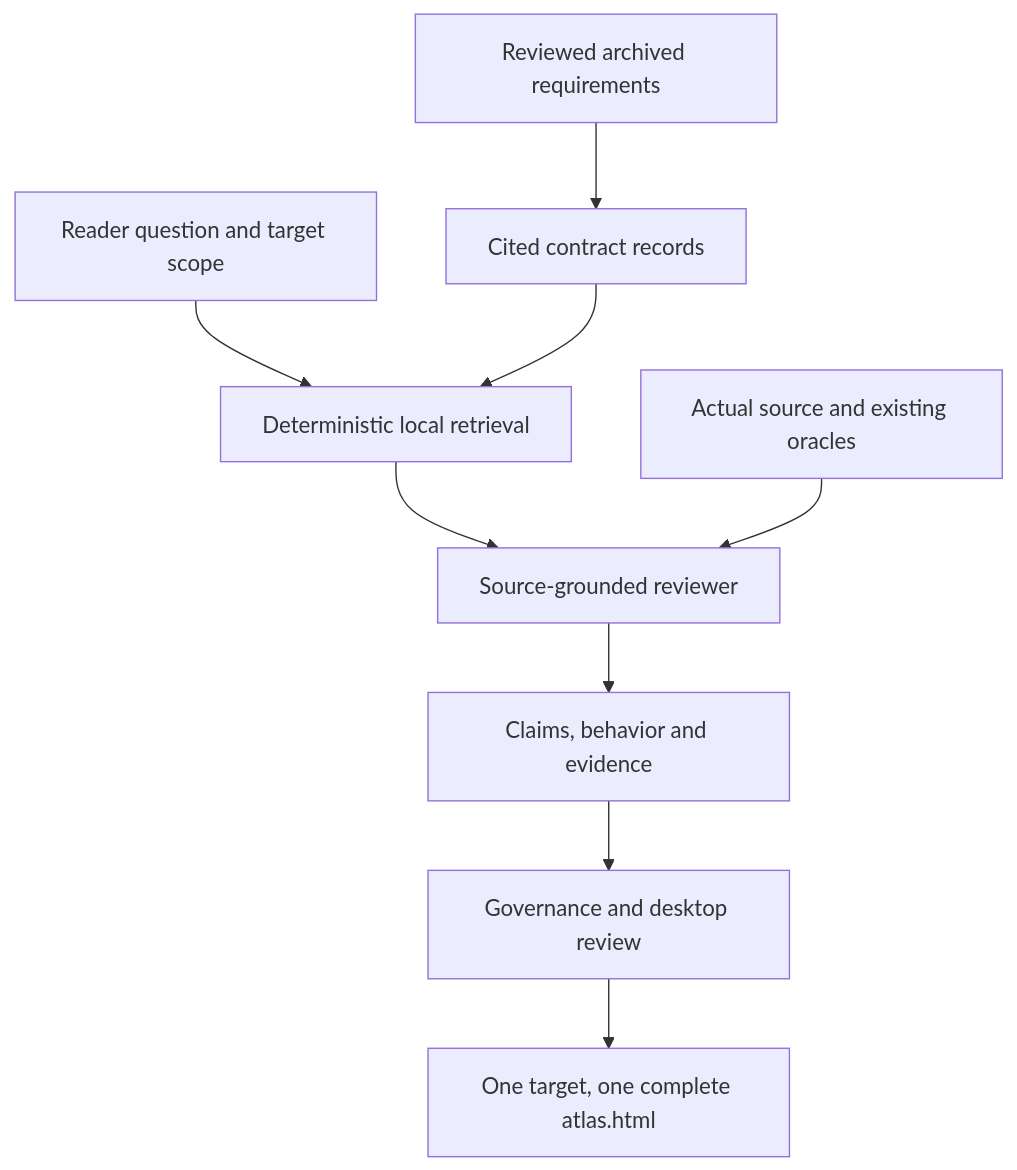
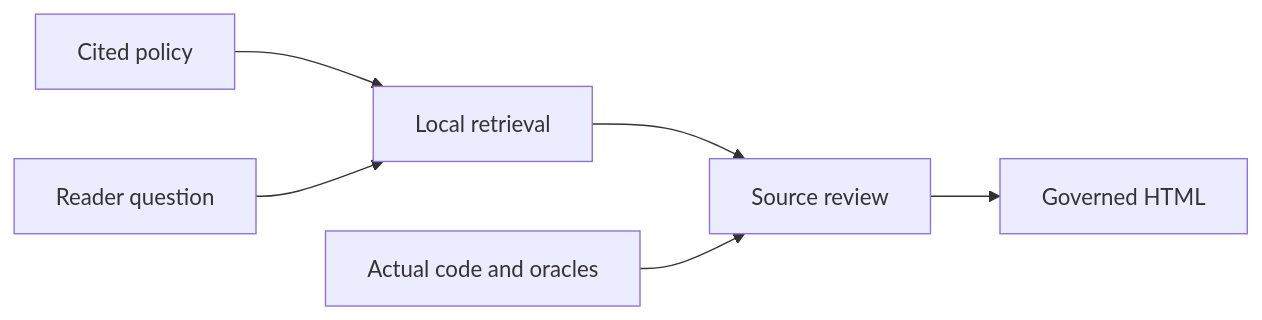
Before and after one commit to crististefanita/ATF_AI: the first of 2 diagrams in atf-atlas/Knowledge_Base.md, drawn with Mermaid. The commit also changed other lines of this file and 111 other files, not shown here.

````diff
--- a/atf-atlas/Knowledge_Base.md
+++ b/atf-atlas/Knowledge_Base.md
@@ -20,11 +20,8 @@
 ```mermaid
-flowchart TB
-    Archive["Reviewed archived requirements"] --> Knowledge["Cited contract records"]
-    Query["Reader question and target scope"] --> Retrieval["Deterministic local retrieval"]
-    Knowledge --> Retrieval
-    Retrieval --> Author["Source-grounded reviewer"]
-    Source["Actual source and existing oracles"] --> Author
-    Author --> Analysis["Claims, behavior and evidence"]
-    Analysis --> Checks["Governance and desktop review"]
-    Checks --> Report["One target, one complete atlas.html"]
+flowchart LR
+    Knowledge["Cited policy"] --> Retrieval["Local retrieval"]
+    Query["Reader question"] --> Retrieval
+    Retrieval --> Author["Source review"]
+    Source["Actual code and oracles"] --> Author
+    Author --> Report["Governed HTML"]
 ```
````
